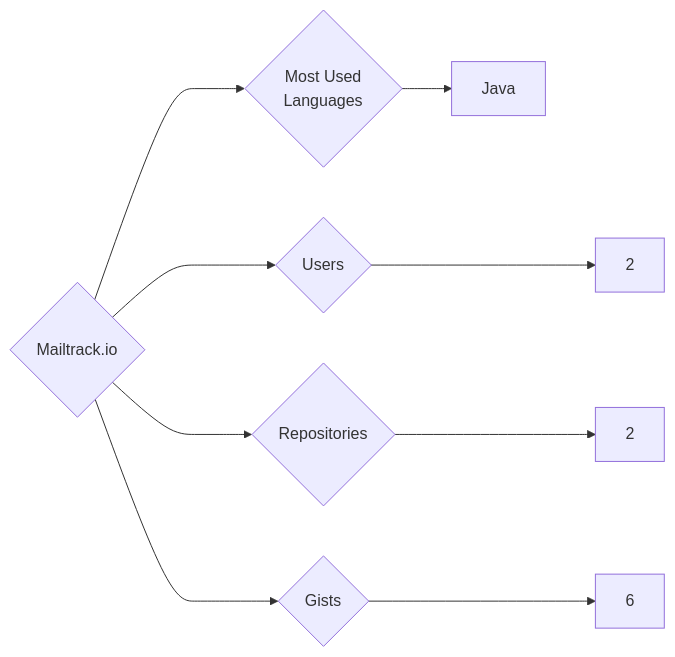
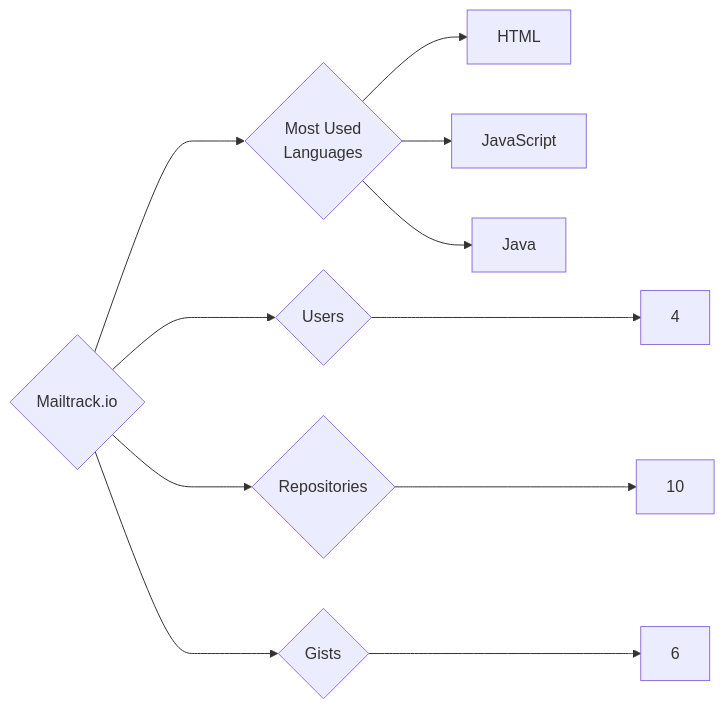
One commit to trickest/insiders changed the diagram in targets/Mailtrack.io/README.md. Above: the diagram before and after it, drawn with Mermaid. The commit also changed 569 other files, not shown here.

````diff
--- a/targets/Mailtrack.io/README.md
+++ b/targets/Mailtrack.io/README.md
@@ -3,9 +3,11 @@
 ```mermaid
 graph LR
 COMPANY_NAME{Mailtrack.io}
-COMPANY_NAME ---> U{Users} ---> UN[2]
-COMPANY_NAME ---> R{Repositories} ---> RN[2]
+COMPANY_NAME ---> U{Users} ---> UN[4]
+COMPANY_NAME ---> R{Repositories} ---> RN[10]
 COMPANY_NAME ---> G{Gists} ---> GN[6]
 COMPANY_NAME ---> ML{Most Used<br>Languages}
+ML --> HTML[HTML]
+ML --> JavaScript[JavaScript]
 ML --> Java[Java]
 ```
````
